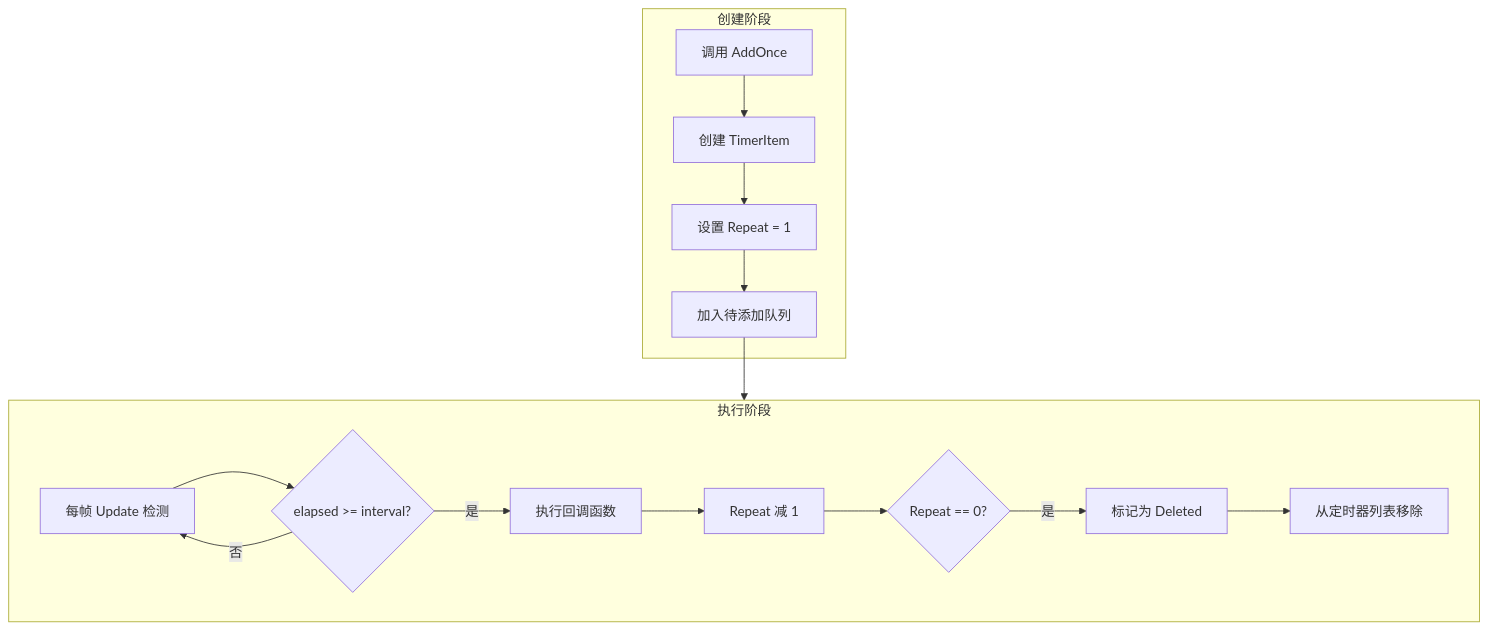
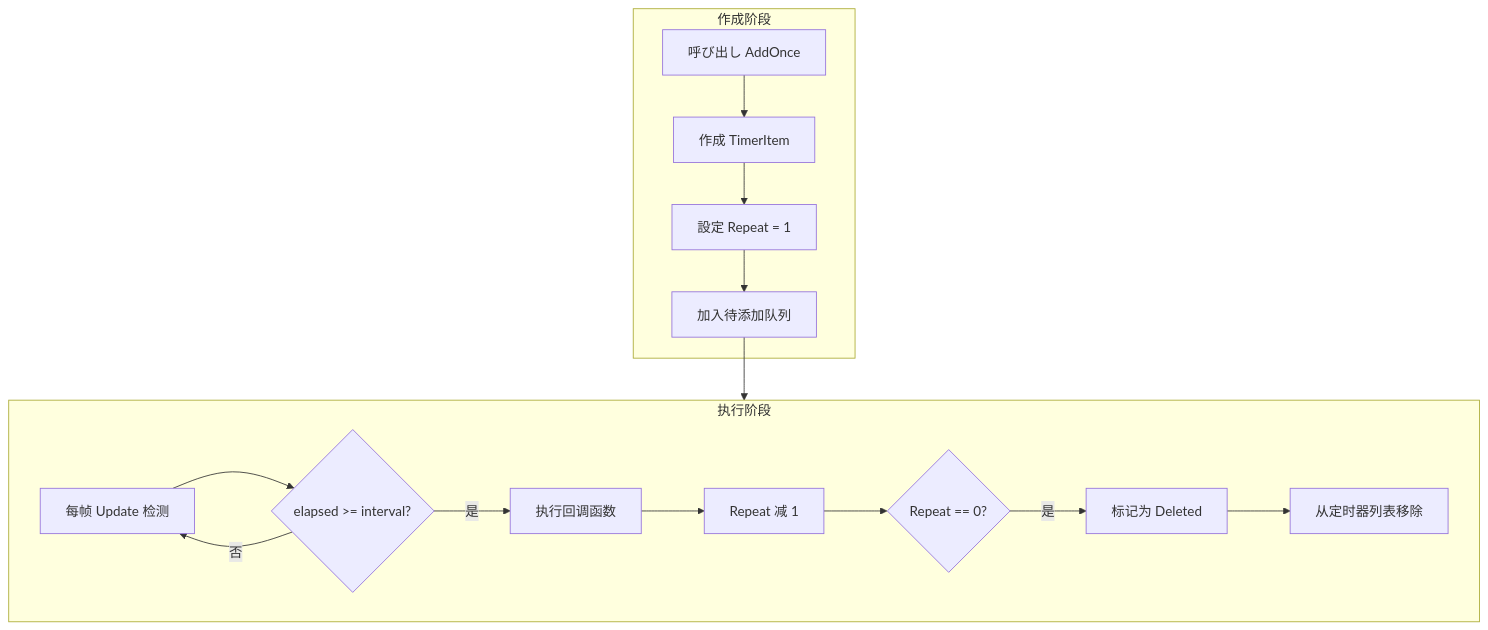
The diagram in docs/ja/client/unity/component/timer/09.add-once.md (AlianBlank/GameFrameX.Docs), drawn with Mermaid before and after one commit. The commit also changed other lines of this file and 603 other files, not shown here.

````diff
--- a/docs/ja/client/unity/component/timer/09.add-once.md
+++ b/docs/ja/client/unity/component/timer/09.add-once.md
@@ -33,20 +33,20 @@
 ```mermaid
 flowchart TD
-    subgraph 创建阶段["创建阶段"]
-        A1[调用 AddOnce] --> A2[创建 TimerItem]
-        A2 --> A3[设置 Repeat = 1]
+    subgraph 作成阶段["作成阶段"]
+        A1[呼び出し AddOnce] --> A2[作成 TimerItem]
+        A2 --> A3[設定 Repeat = 1]
         A3 --> A4[加入待添加队列]
     end
     
     subgraph 执行阶段["执行阶段"]
         B1[每帧 Update 检测] --> B2{elapsed >= interval?}
         B2 -->|否| B1
         B2 -->|是| B3[执行回调函数]
         B3 --> B4[Repeat 减 1]
         B4 --> B5{Repeat == 0?}
         B5 -->|是| B6[标记为 Deleted]
         B6 --> B7[从定时器列表移除]
     end
     
     A4 --> 执行阶段
 ```
````
